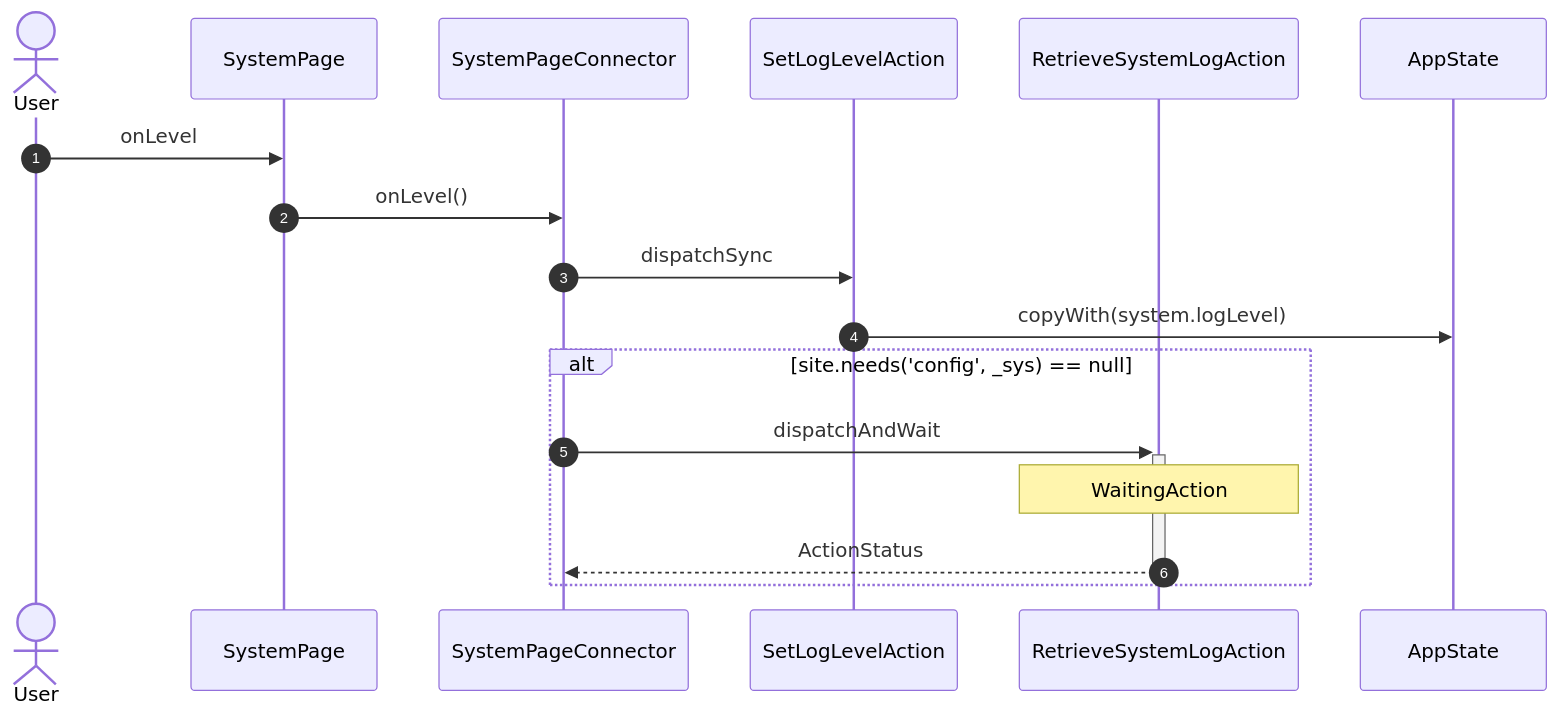
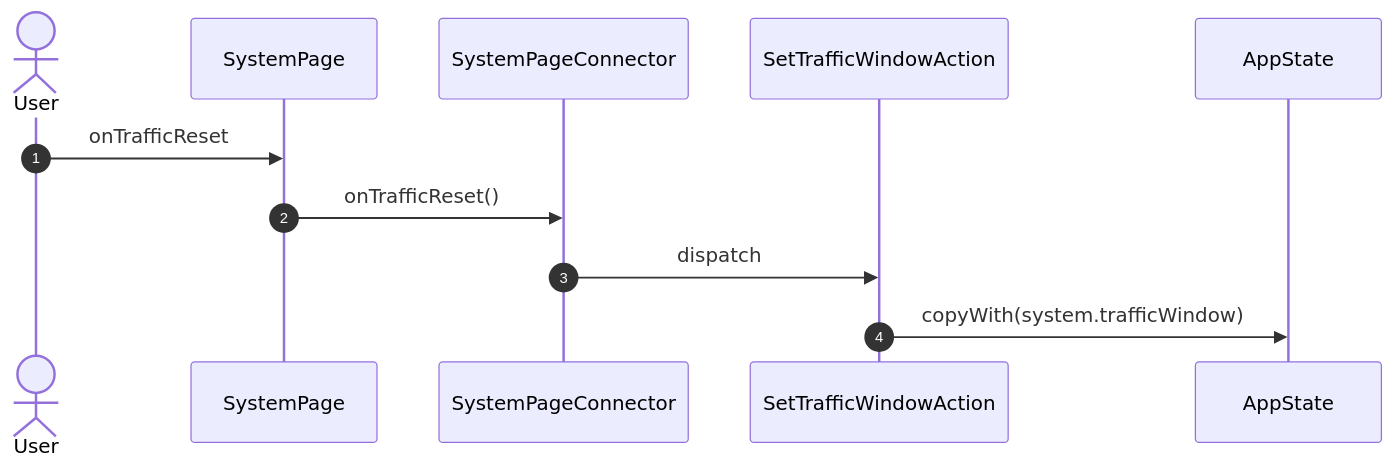
One commit to gencto/wyrm changed the tenth of 26 diagrams in studio/docs/flows/system.md. Above: the diagram before and after it, drawn with Mermaid. The commit also changed other lines of this file and 88 other files, not shown here.

First line of the commit message:
studio: system: typed values, words in ui, one action per intent

````diff
--- a/studio/docs/flows/system.md
+++ b/studio/docs/flows/system.md
@@ -223,20 +165,14 @@
 ```mermaid
 sequenceDiagram
     autonumber
     actor User
     participant UI as SystemPage
     participant VM as SystemPageConnector
-    participant A1 as SetLogLevelAction
-    participant A2 as RetrieveSystemLogAction
+    participant A1 as SetTrafficWindowAction
     participant ST as AppState
 
-    User->>UI: onLevel
-    UI->>VM: onLevel()
-    VM->>A1: dispatchSync
-    A1->>ST: copyWith(system.logLevel)
-    alt site.needs('config', _sys) == null
-        VM->>+A2: dispatchAndWait
-        Note over A2: WaitingAction
-        A2-->>-VM: ActionStatus
-    end
+    User->>UI: onTrafficReset
+    UI->>VM: onTrafficReset()
+    VM->>A1: dispatch
+    A1->>ST: copyWith(system.trafficWindow)
 ```
````
